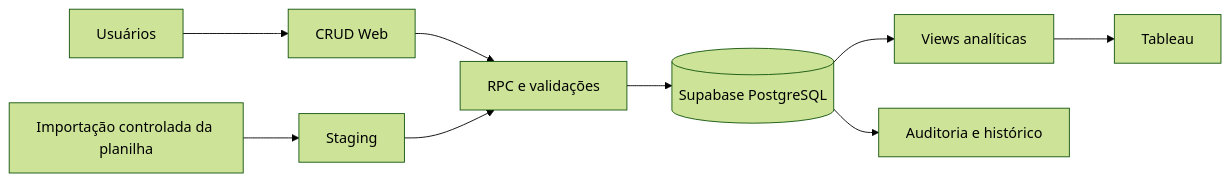
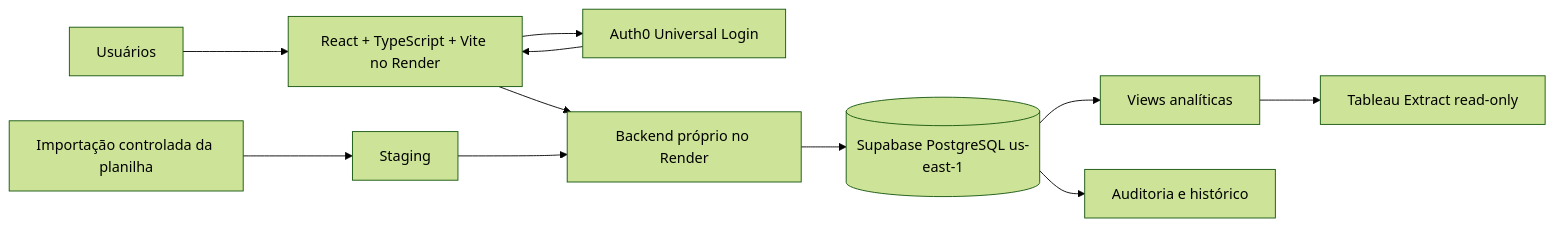
Before and after one commit to igorjesus-coder/projeto-ltc-m: the first of 2 diagrams in docs/project-specification.md, drawn with Mermaid (forest theme). The commit also changed other lines of this file and 7 other files, not shown here.

Commit message:
docs: adopt Render Auth0 and database-only Supabase architecture

````diff
--- a/docs/project-specification.md
+++ b/docs/project-specification.md
@@ -75,11 +104,13 @@
 ```mermaid
 flowchart LR
-    U[Usuários] --> C[CRUD Web]
-    C --> R[RPC e validações]
-    R --> S[(Supabase PostgreSQL)]
+    U[Usuários] --> C[React + TypeScript + Vite no Render]
+    C --> AUTH[Auth0 Universal Login]
+    AUTH --> C
+    C --> B[Backend próprio no Render]
+    B --> S[(Supabase PostgreSQL us-east-1)]
     S --> V[Views analíticas]
-    V --> T[Tableau]
-    S --> A[Auditoria e histórico]
+    V --> T[Tableau Extract read-only]
+    S --> AUDIT[Auditoria e histórico]
     I[Importação controlada da planilha] --> ST[Staging]
-    ST --> R
+    ST --> B
 ```
````
